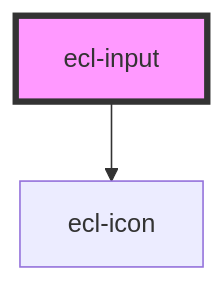
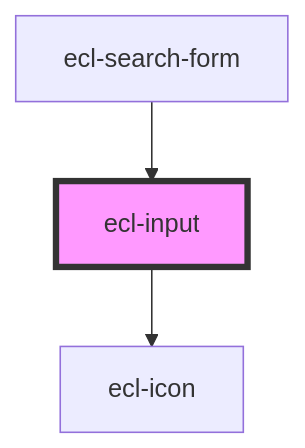
The diagram in src/components/ecl-input/readme.md (ec-europa/ecl-webcomponents), drawn with Mermaid before and after one commit. The commit also changed other lines of this file and 14 other files, not shown here.

Commit message:
chore(webcomponents): Adding search form

````diff
--- a/src/components/ecl-input/readme.md
+++ b/src/components/ecl-input/readme.md
@@ -44,5 +48,6 @@
 ```mermaid
 graph TD;
   ecl-input --> ecl-icon
+  ecl-search-form --> ecl-input
   style ecl-input fill:#f9f,stroke:#333,stroke-width:4px
 ```
````
